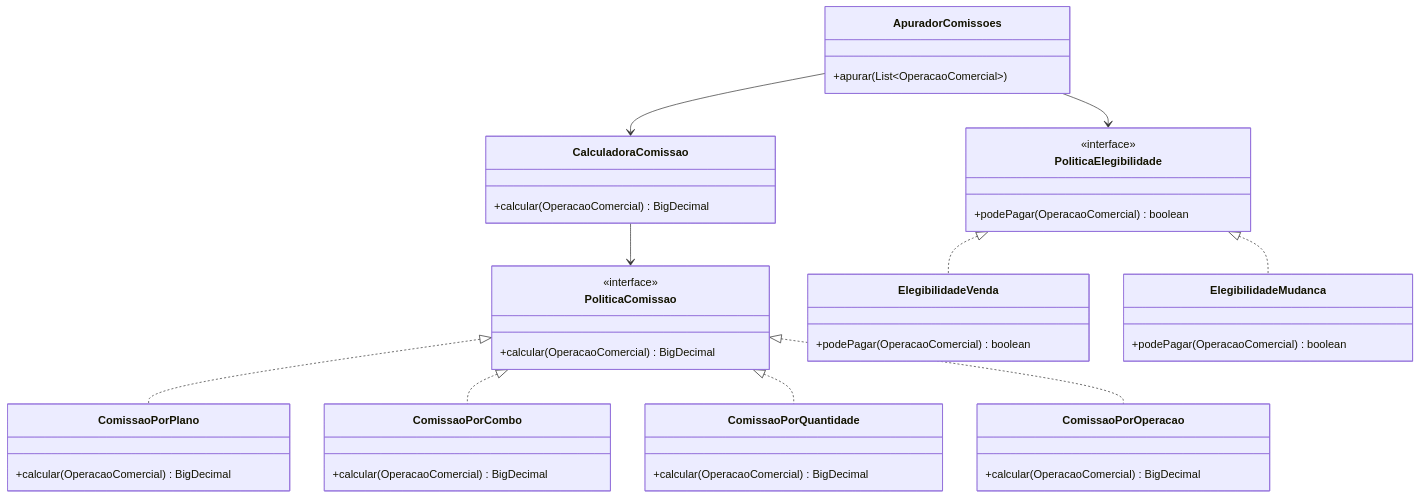
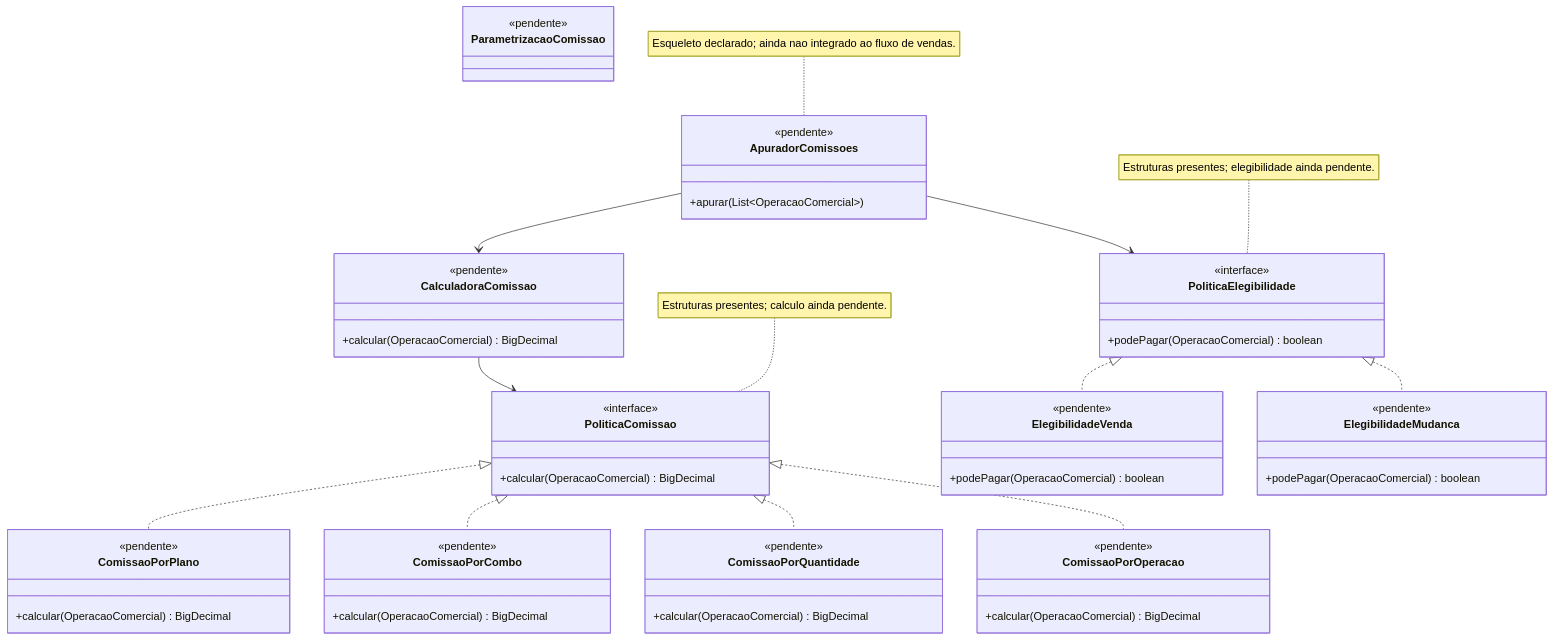
Before and after one commit to JeffersonDeylane/LP2---sistema-de-vendas: the diagram in docs/diagramas/02-comissoes-e-elegibilidade.mmd, drawn with Mermaid. The commit also changed 165 other files, not shown here.

Commit message:
criação das classes seguindo o diagrama decidido (ainda com o código pendente)

```diff
--- a/docs/diagramas/02-comissoes-e-elegibilidade.mmd
+++ b/docs/diagramas/02-comissoes-e-elegibilidade.mmd
@@ -1,45 +1,60 @@
 classDiagram
     direction TB
     class PoliticaComissao {
         <<interface>>
         +calcular(OperacaoComercial) BigDecimal
     }
     class ComissaoPorPlano {
+        <<pendente>>
         +calcular(OperacaoComercial) BigDecimal
     }
     class ComissaoPorCombo {
+        <<pendente>>
         +calcular(OperacaoComercial) BigDecimal
     }
     class ComissaoPorQuantidade {
+        <<pendente>>
         +calcular(OperacaoComercial) BigDecimal
     }
     class ComissaoPorOperacao {
+        <<pendente>>
         +calcular(OperacaoComercial) BigDecimal
     }
     PoliticaComissao <|.. ComissaoPorPlano
     PoliticaComissao <|.. ComissaoPorCombo
     PoliticaComissao <|.. ComissaoPorQuantidade
     PoliticaComissao <|.. ComissaoPorOperacao
 
     class PoliticaElegibilidade {
         <<interface>>
         +podePagar(OperacaoComercial) boolean
     }
     class ElegibilidadeVenda {
+        <<pendente>>
         +podePagar(OperacaoComercial) boolean
     }
     class ElegibilidadeMudanca {
+        <<pendente>>
         +podePagar(OperacaoComercial) boolean
     }
     PoliticaElegibilidade <|.. ElegibilidadeVenda
     PoliticaElegibilidade <|.. ElegibilidadeMudanca
 
     class CalculadoraComissao {
+        <<pendente>>
         +calcular(OperacaoComercial) BigDecimal
     }
     class ApuradorComissoes {
+        <<pendente>>
         +apurar(List~OperacaoComercial~)
+    }
+    class ParametrizacaoComissao {
+        <<pendente>>
     }
     CalculadoraComissao --> PoliticaComissao
     ApuradorComissoes --> CalculadoraComissao
     ApuradorComissoes --> PoliticaElegibilidade
+
+    note for PoliticaComissao "Estruturas presentes; calculo ainda pendente."
+    note for PoliticaElegibilidade "Estruturas presentes; elegibilidade ainda pendente."
+    note for ApuradorComissoes "Esqueleto declarado; ainda nao integrado ao fluxo de vendas."
```
